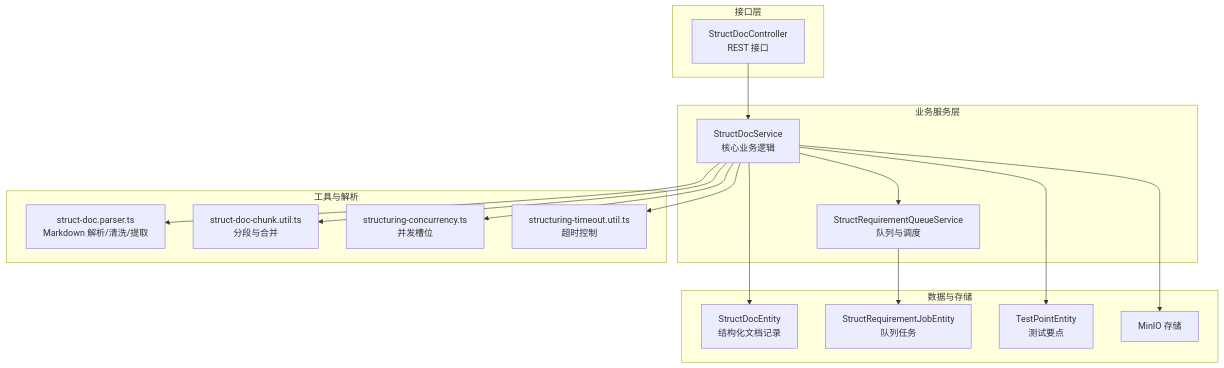
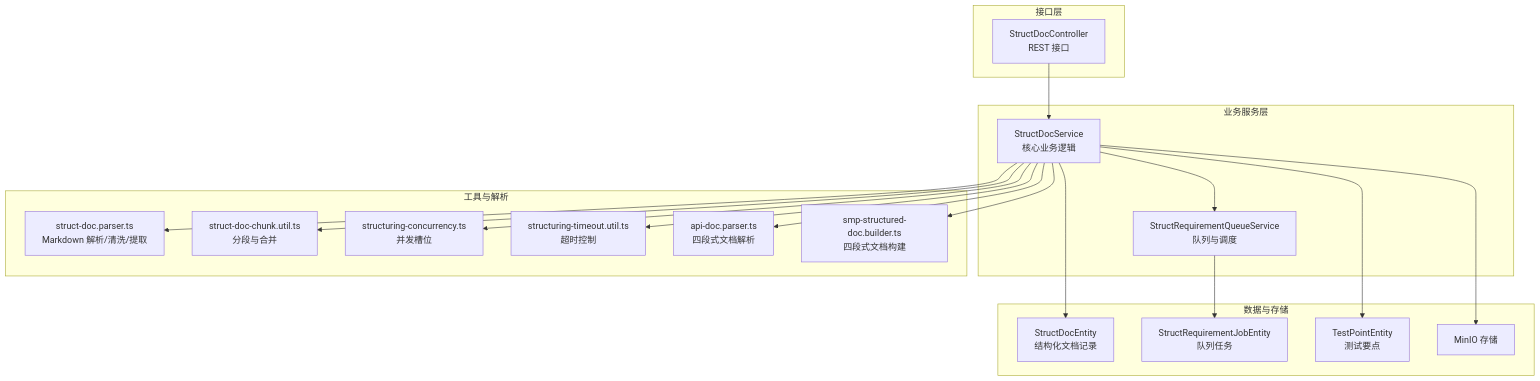
One commit to Lichhu/caseForge changed the first of 3 diagrams in .qoder/repowiki/zh/content/核心功能模块/结构化文档模块.md. Above: the diagram before and after it, drawn with Mermaid. The commit also changed other lines of this file and 8 other files, not shown here.

````diff
--- a/.qoder/repowiki/zh/content/核心功能模块/结构化文档模块.md
+++ b/.qoder/repowiki/zh/content/核心功能模块/结构化文档模块.md
@@ -44,32 +55,36 @@
 ```mermaid
 graph TB
 subgraph "接口层"
 Ctl["StructDocController<br/>REST 接口"]
 end
 subgraph "业务服务层"
 Svc["StructDocService<br/>核心业务逻辑"]
 QSvc["StructRequirementQueueService<br/>队列与调度"]
 end
 subgraph "工具与解析"
 Parser["struct-doc.parser.ts<br/>Markdown 解析/清洗/提取"]
 Chunk["struct-doc-chunk.util.ts<br/>分段与合并"]
 Concurrency["structuring-concurrency.ts<br/>并发槽位"]
 Timeout["structuring-timeout.util.ts<br/>超时控制"]
+ApiParser["api-doc.parser.ts<br/>四段式文档解析"]
+SmpBuilder["smp-structured-doc.builder.ts<br/>四段式文档构建"]
 end
 subgraph "数据与存储"
 RepoSD["StructDocEntity<br/>结构化文档记录"]
 RepoJob["StructRequirementJobEntity<br/>队列任务"]
 RepoTP["TestPointEntity<br/>测试要点"]
 MinIO["MinIO 存储"]
 end
 Ctl --> Svc
 Svc --> QSvc
 Svc --> Parser
 Svc --> Chunk
 Svc --> Concurrency
 Svc --> Timeout
+Svc --> ApiParser
+Svc --> SmpBuilder
 Svc --> RepoSD
 QSvc --> RepoJob
 Svc --> RepoTP
 Svc --> MinIO
 ```
````
